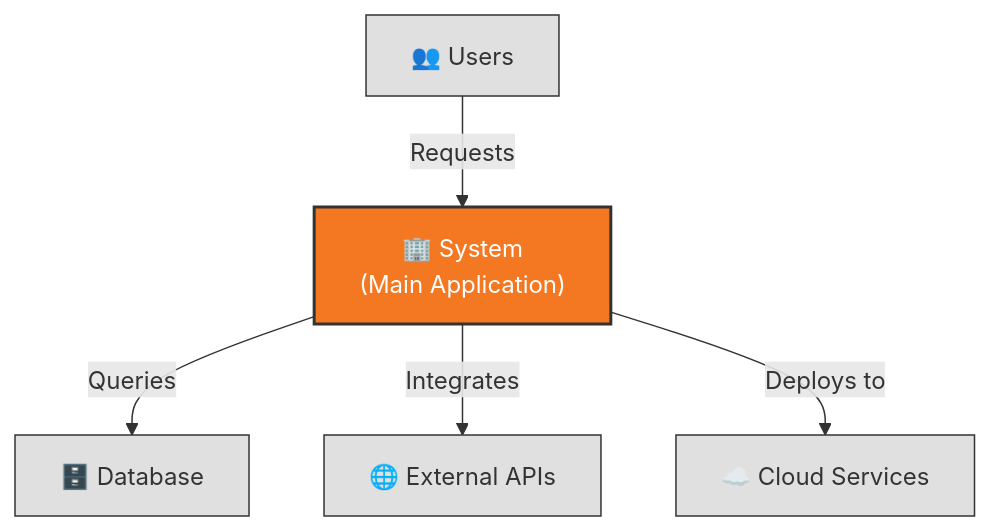
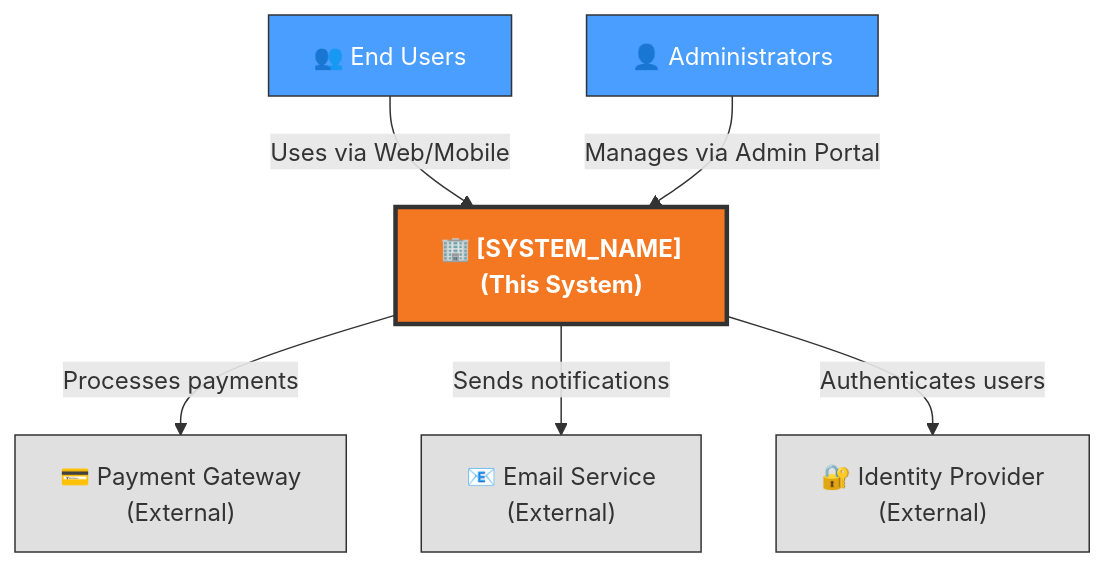
The first of 3 diagrams in templates/architecture-template.md (tikalk/agentic-sdlc-spec-kit), drawn with Mermaid before and after one commit. The commit also changed other lines of this file and 2 other files, not shown here.

Commit message:
fix(architect): enforce blackbox system representation in Context View
Updated architect commands to ensure Context View shows the system as a
single unified node with only external connections:

- Added critical constraint callout explaining blackbox requirement
- System must appear as ONE node (no internal components)
- Only stakeholders/users and external systems allowed
- Internal databases, services, caches excluded from Context View
- Added validation checklist with 5 verification points
- Updated diagram templates with proper styling for entity types
- Clear guidance on what belongs in Context vs Functional/Deployment views

````diff
--- a/templates/architecture-template.md
+++ b/templates/architecture-template.md
@@ -70,19 +86,32 @@
 ```mermaid
 graph TD
-    Users["👥 Users"]
-    System["🏢 System<br/>(Main Application)"]
-    Database["🗄️ Database"]
-    ExternalAPI["🌐 External APIs"]
-    CloudServices["☁️ Cloud Services"]
+    %% Stakeholders/Users (external actors)
+    Users["👥 End Users"]
+    Admins["👤 Administrators"]
     
-    Users -->|Requests| System
-    System -->|Queries| Database
-    System -->|Integrates| ExternalAPI
-    System -->|Deploys to| CloudServices
+    %% THE SYSTEM (single blackbox)
+    System["🏢 [SYSTEM_NAME]<br/>(This System)"]
     
-    classDef systemNode fill:#f47721,stroke:#333,stroke-width:2px,color:#fff
-    classDef externalNode fill:#e0e0e0,stroke:#333,stroke-width:1px
+    %% External Systems (third-party, outside your control)
+    PaymentGateway["💳 Payment Gateway<br/>(External)"]
+    EmailService["📧 Email Service<br/>(External)"]
+    IdentityProvider["🔐 Identity Provider<br/>(External)"]
+    
+    %% Connections: Stakeholders to System
+    Users -->|"Uses via Web/Mobile"| System
+    Admins -->|"Manages via Admin Portal"| System
+    
+    %% Connections: System to External Systems
+    System -->|"Processes payments"| PaymentGateway
+    System -->|"Sends notifications"| EmailService
+    System -->|"Authenticates users"| IdentityProvider
+    
+    %% Styling: System as prominent blackbox, externals as grey
+    classDef systemNode fill:#f47721,stroke:#333,stroke-width:3px,color:#fff,font-weight:bold
+    classDef stakeholderNode fill:#4a9eff,stroke:#333,stroke-width:1px,color:#fff
+    classDef externalNode fill:#e0e0e0,stroke:#333,stroke-width:1px,color:#333
     
     class System systemNode
-    class Users,Database,ExternalAPI,CloudServices externalNode
+    class Users,Admins stakeholderNode
+    class PaymentGateway,EmailService,IdentityProvider externalNode
 ```
````
